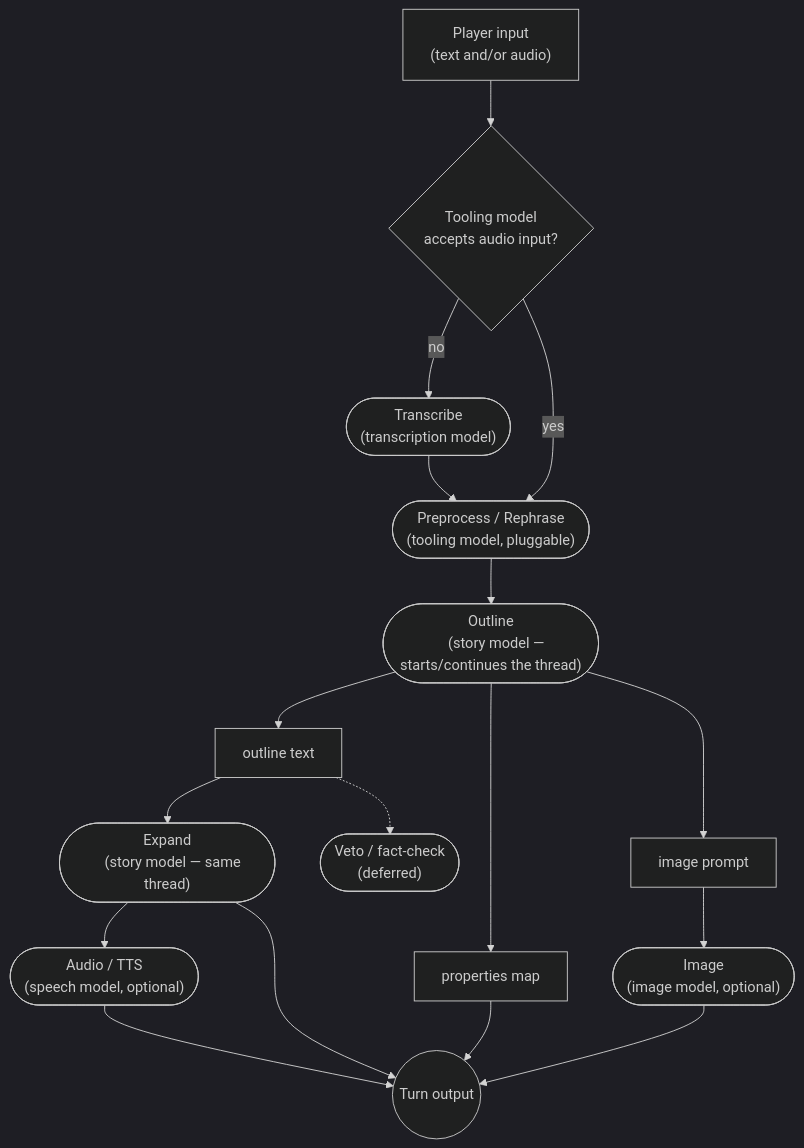
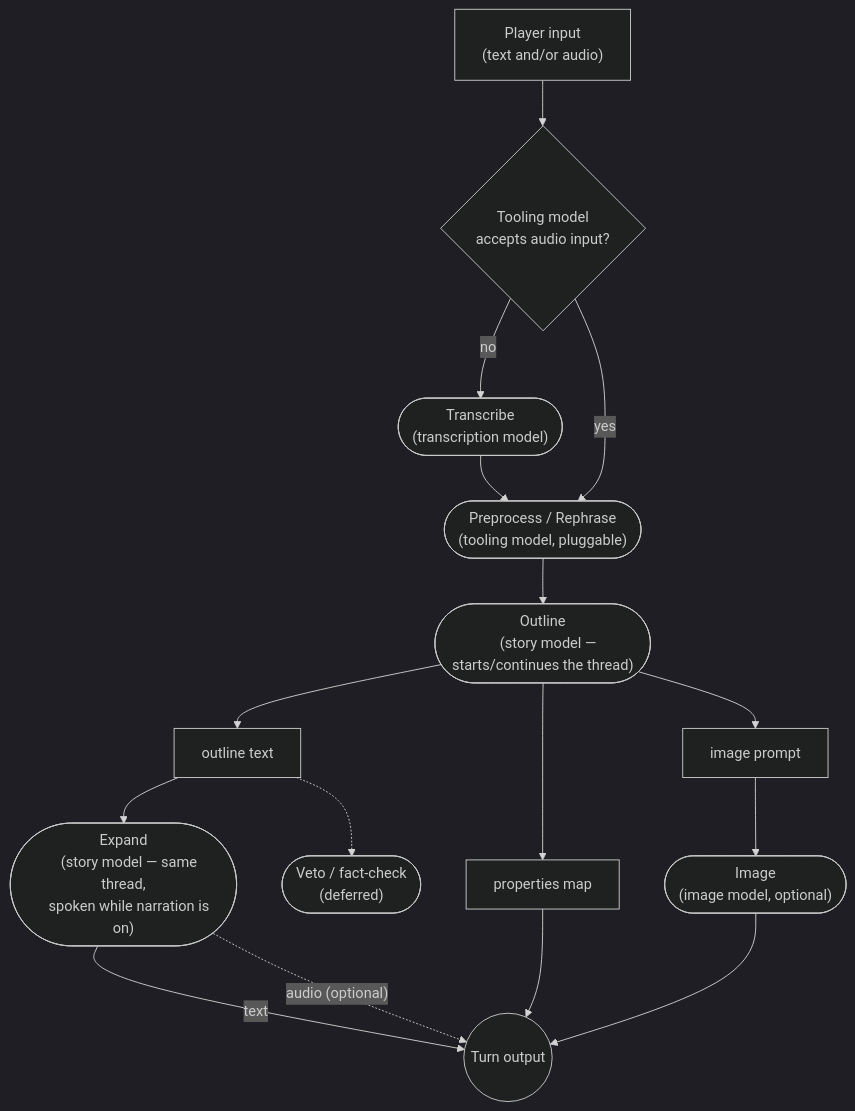
Before and after one commit to flocko-motion/chatgamelab: the diagram in go/engine/ARCHITECTURE.md, drawn with Mermaid (dark theme). The commit also changed other lines of this file and 50 other files, not shown here.

First line of the commit message:
feat(engine): narration as a spoken turn on the story thread (#403)

````diff
--- a/go/engine/ARCHITECTURE.md
+++ b/go/engine/ARCHITECTURE.md
@@ -71,47 +71,44 @@
 ```mermaid
 graph TB
     INPUT["Player input
     (text and/or audio)"]
     CAP{"Tooling model
     accepts audio input?"}
     TRANSCRIBE(["Transcribe
     (transcription model)"])
     PREPROCESS(["Preprocess / Rephrase
     (tooling model, pluggable)"])
 
     INPUT --> CAP
     CAP -- no --> TRANSCRIBE --> PREPROCESS
     CAP -- yes --> PREPROCESS
 
     OUTLINE(["Outline
     (story model — starts/continues the thread)"])
     PREPROCESS --> OUTLINE
 
     OUTTEXT["outline text"]
     PROPS["properties map"]
     IMGPROMPT["image prompt"]
     OUTLINE --> OUTTEXT
     OUTLINE --> PROPS
     OUTLINE --> IMGPROMPT
 
     EXPAND(["Expand
-    (story model — same thread)"])
+    (story model — same thread,
+    spoken while narration is on)"])
     IMAGE(["Image
     (image model, optional)"])
     VETO(["Veto / fact-check
     (deferred)"])
 
     OUTTEXT --> EXPAND
     IMGPROMPT --> IMAGE
     OUTTEXT -.-> VETO
 
-    AUDIO(["Audio / TTS
-    (speech model, optional)"])
-    EXPAND --> AUDIO
-
     OUT(("Turn output"))
-    EXPAND --> OUT
+    EXPAND -- text --> OUT
+    EXPAND -. "audio (optional)" .-> OUT
     IMAGE --> OUT
-    AUDIO --> OUT
     PROPS --> OUT
 ```
````
